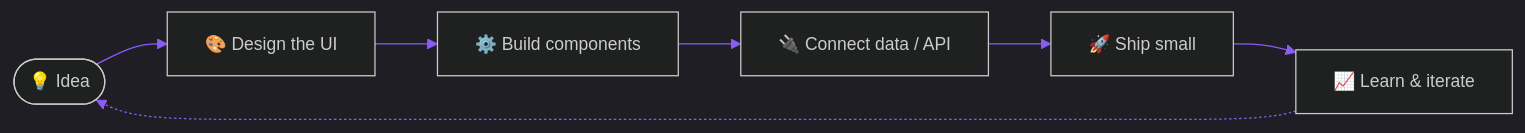
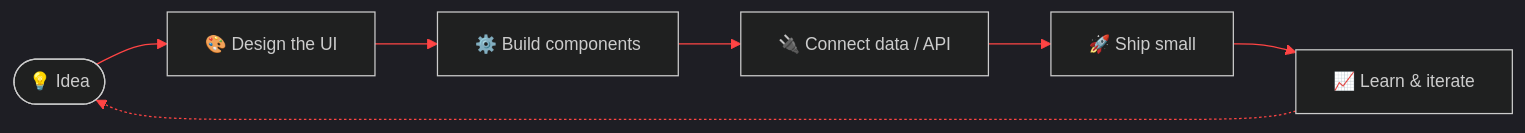
Before and after one commit to ArifiXion/ArifiXion: the diagram in README.md, drawn with Mermaid. The commit also changed other lines of this file, not shown here.

````diff
--- a/README.md
+++ b/README.md
@@ -57,10 +57,10 @@
 ```mermaid
-%%{init: {'theme':'dark','themeVariables':{'primaryColor':'#1e1038','primaryTextColor':'#ffffff','primaryBorderColor':'#8b5cf6','lineColor':'#8b5cf6','fontSize':'14px'}}}%%
+%%{init: {'theme':'dark','themeVariables':{'primaryColor':'#2a0a0a','primaryTextColor':'#ffffff','primaryBorderColor':'#ff4444','lineColor':'#ff4444','fontSize':'14px'}}}%%
 flowchart LR
     A([💡 Idea]) --> B[🎨 Design the UI]
     B --> C[⚙️ Build components]
     C --> D[🔌 Connect data / API]
     D --> E[🚀 Ship small]
     E --> F[📈 Learn & iterate]
     F -.-> A
 ```
````
